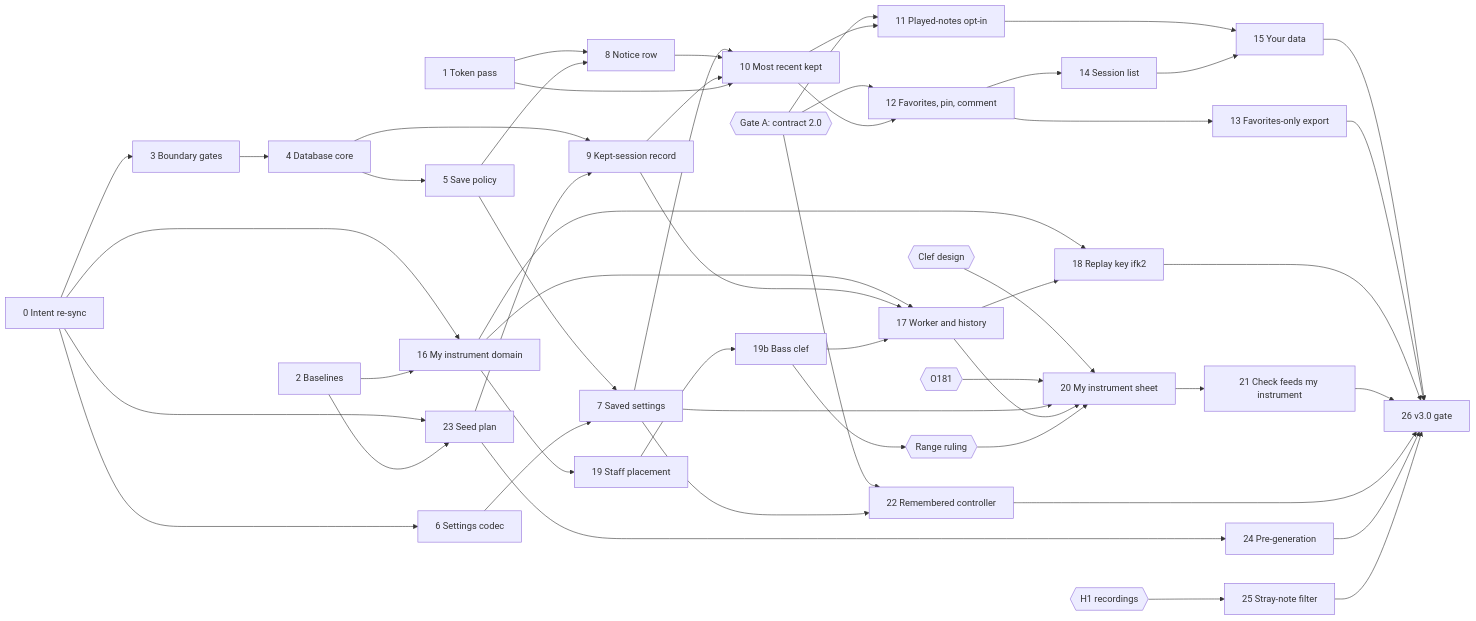
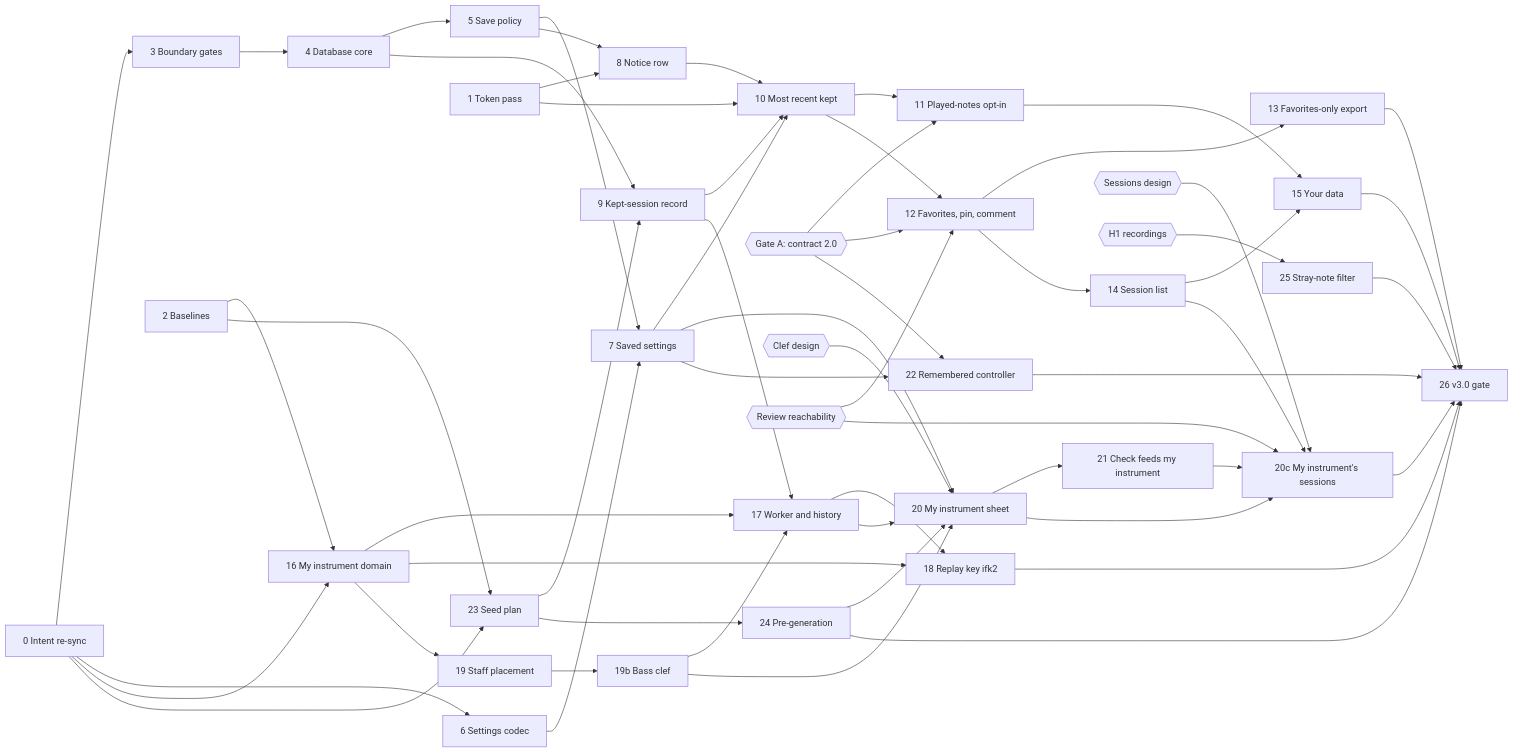
The diagram in specs/versions/v3/build-plan.md (kluthen/infinite-flow), drawn with Mermaid before and after one commit. The commit also changed other lines of this file and 4 other files, not shown here.

First line of the commit message:
Spec: range bound per clef, sessions belong to their instrument (D294–D296)

````diff
--- a/specs/versions/v3/build-plan.md
+++ b/specs/versions/v3/build-plan.md
@@ -97,54 +107,59 @@
 ```mermaid
 flowchart LR
   C0[0 Intent re-sync] --> C3[3 Boundary gates]
   C0 --> C6[6 Settings codec]
   C0 --> C16[16 My instrument domain]
   C0 --> C23[23 Seed plan]
   C1[1 Token pass] --> C8[8 Notice row]
   C2[2 Baselines] --> C16
   C2 --> C23
   C3 --> C4[4 Database core]
   C4 --> C5[5 Save policy]
   C4 --> C9[9 Kept-session record]
   C23 --> C9
   C5 --> C7[7 Saved settings]
   C6 --> C7
   C5 --> C8
   C7 --> C10[10 Most recent kept]
   C8 --> C10
   C9 --> C10
   C1 --> C10
   GA{{Gate A: contract 2.0}} --> C11
   GA --> C12
   GA --> C22
   C10 --> C11[11 Played-notes opt-in]
   C10 --> C12[12 Favorites, pin, comment]
   C12 --> C13[13 Favorites-only export]
   C12 --> C14[14 Session list]
   C11 --> C15[15 Your data]
   C14 --> C15
   C16 --> C17[17 Worker and history]
   C9 --> C17
   C16 --> C18[18 Replay key ifk2]
   C17 --> C18
   C16 --> C19[19 Staff placement]
   C19 --> C19b[19b Bass clef]
-  C19b --> RR{{Range ruling}}
   C19b --> C17
+  C19b --> C20
   CD{{Clef design}} --> C20
-  O181{{O181}} --> C20
   C7 --> C20[20 My instrument sheet]
   C17 --> C20
-  RR --> C20
+  C24 --> C20
   C20 --> C21[21 Check feeds my instrument]
+  C14 --> C20c[20c My instrument's sessions]
+  C20 --> C20c
+  C21 --> C20c
+  SD{{Sessions design}} --> C20c
+  RV{{Review reachability}} --> C12
+  RV --> C20c
   C7 --> C22[22 Remembered controller]
   C23 --> C24[24 Pre-generation]
   H1{{H1 recordings}} --> C25[25 Stray-note filter]
   C15 --> C26[26 v3.0 gate]
   C13 --> C26
   C18 --> C26
-  C21 --> C26
+  C20c --> C26
   C22 --> C26
   C24 --> C26
   C25 --> C26
 ```
````
